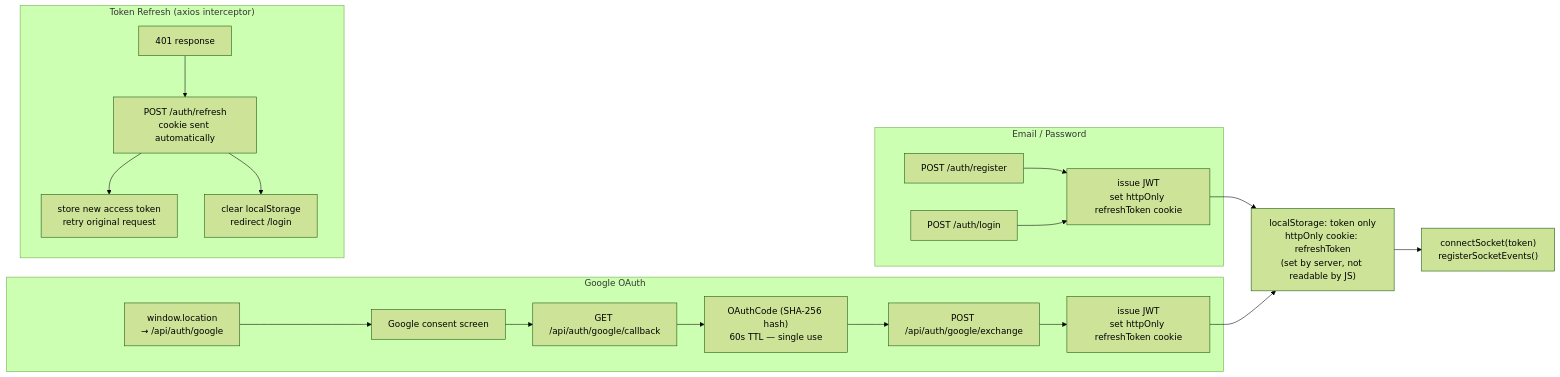
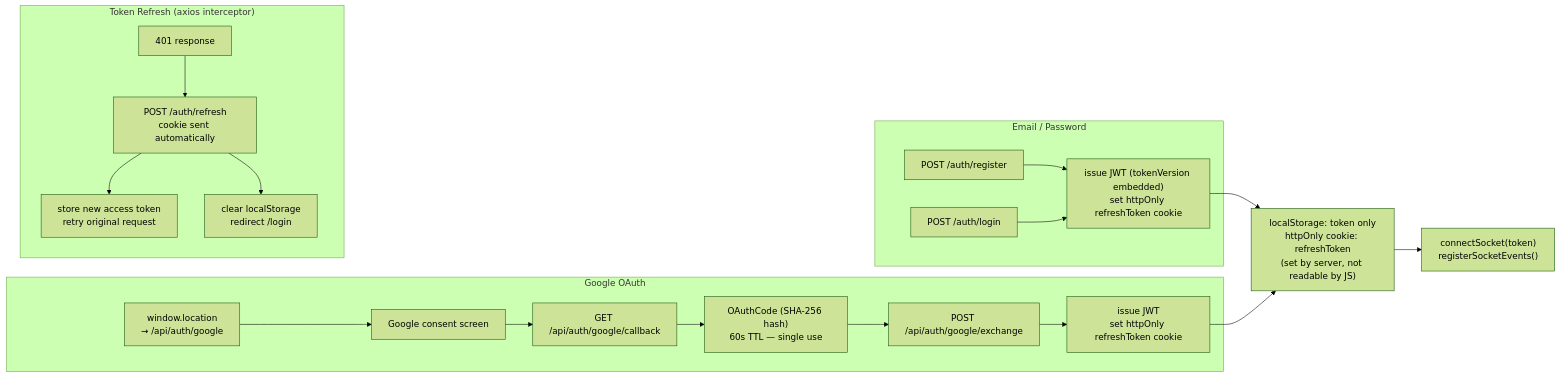
One commit to JustinBurrell/continuum changed the third of 5 diagrams in docs/backend/system-design.md. Above: the diagram before and after it, drawn with Mermaid (forest theme). The commit also changed other lines of this file and 7 other files, not shown here.

Commit message:
fix: implement tokenVersion to immediately invalidate all sessions on logout-all

````diff
--- a/docs/backend/system-design.md
+++ b/docs/backend/system-design.md
@@ -141,25 +141,25 @@
 ```mermaid
 flowchart LR
     subgraph EMAIL["Email / Password"]
-        REG["POST /auth/register"] --> JWT1["issue JWT\nset httpOnly refreshToken cookie"]
+        REG["POST /auth/register"] --> JWT1["issue JWT (tokenVersion embedded)\nset httpOnly refreshToken cookie"]
         LOGIN["POST /auth/login"] --> JWT1
     end
 
     subgraph GOOGLE["Google OAuth"]
         REDIRECT["window.location\n→ /api/auth/google"] --> CONSENT["Google consent screen"]
         CONSENT --> CALLBACK["GET /api/auth/google/callback"]
         CALLBACK --> CODE["OAuthCode (SHA-256 hash)\n60s TTL — single use"]
         CODE --> TOKEN["POST /api/auth/google/exchange"]
         TOKEN --> JWT2["issue JWT\nset httpOnly refreshToken cookie"]
     end
 
     JWT1 --> STORE["localStorage: token only\nhttpOnly cookie: refreshToken\n(set by server, not readable by JS)"]
     JWT2 --> STORE
     STORE --> CONNECT["connectSocket(token)\nregisterSocketEvents()"]
 
     subgraph REFRESH["Token Refresh (axios interceptor)"]
         R401["401 response"] --> TRY["POST /auth/refresh\ncookie sent automatically"]
         TRY --> SUCCESS["store new access token\nretry original request"]
         TRY --> FAIL["clear localStorage\nredirect /login"]
     end
 ```
````
